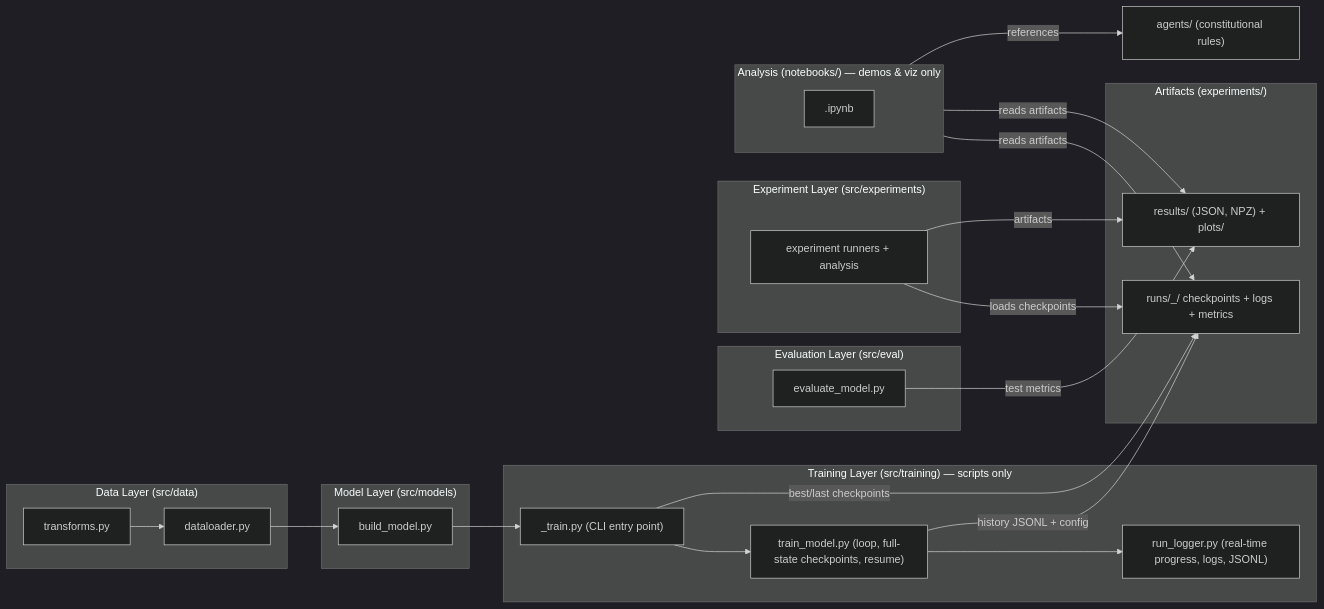
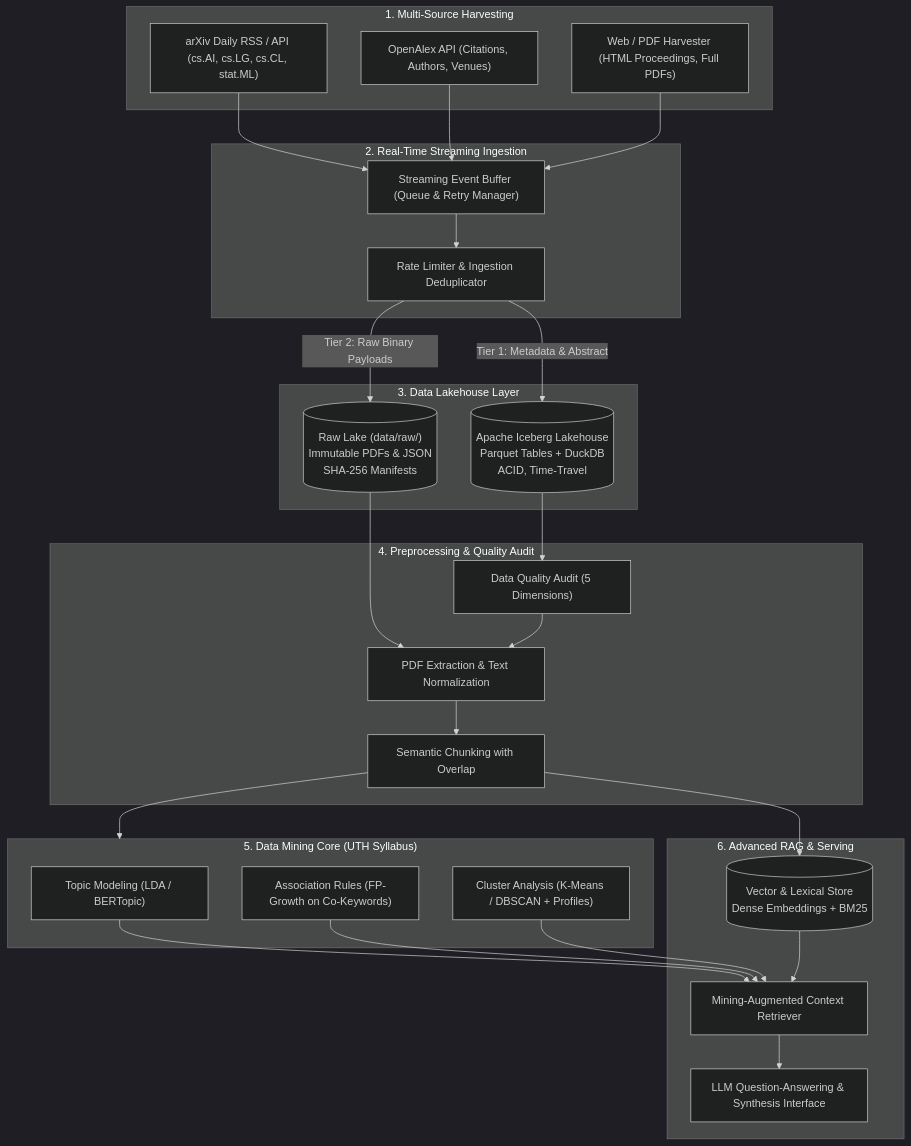
Before and after one commit to zombieTDV/DATA-MINING-UTH: the diagram in README.md, drawn with Mermaid (dark theme). The commit also changed other lines of this file and 7 other files, not shown here.

First line of the commit message:
docs(phase1): publish real-time collection spec and developer guide

````diff
--- a/README.md
+++ b/README.md
@@ -29,43 +58,54 @@
 ```mermaid
-flowchart LR
-    subgraph DATA["Data Layer (src/data)"]
-        A1["transforms.py"] --> A2["dataloader.py"]
+flowchart TD
+    subgraph SOURCES["1. Multi-Source Harvesting"]
+        S1["arXiv Daily RSS / API (cs.AI, cs.LG, cs.CL, stat.ML)"]
+        S2["OpenAlex API (Citations, Authors, Venues)"]
+        S3["Web / PDF Harvester (HTML Proceedings, Full PDFs)"]
     end
 
-    subgraph MODEL["Model Layer (src/models)"]
-        B1["build_model.py"]
+    subgraph STREAM["2. Real-Time Streaming Ingestion"]
+        Q1["Streaming Event Buffer (Queue & Retry Manager)"]
+        Q2["Rate Limiter & Ingestion Deduplicator"]
     end
 
-    subgraph TRAIN["Training Layer (src/training) — scripts only"]
-        C1["<task>_train.py (CLI entry point)"]
-        C2["train_model.py (loop, full-state checkpoints, resume)"]
-        C3["run_logger.py (real-time progress, logs, JSONL)"]
+    subgraph STORAGE["3. Data Lakehouse Layer"]
+        L1[("Raw Lake (data/raw/)\nImmutable PDFs & JSON\nSHA-256 Manifests")]
+        L2[("Apache Iceberg Lakehouse\nParquet Tables + DuckDB\nACID, Time-Travel")]
     end
 
-    subgraph EVAL["Evaluation Layer (src/eval)"]
-        D1["evaluate_model.py"]
+    subgraph PREP["4. Preprocessing & Quality Audit"]
+        P1["Data Quality Audit (5 Dimensions)"]
+        P2["PDF Extraction & Text Normalization"]
+        P3["Semantic Chunking with Overlap"]
     end
 
-    subgraph EXP["Experiment Layer (src/experiments)"]
-        E1["experiment runners + analysis"]
+    subgraph MINING["5. Data Mining Core (UTH Syllabus)"]
+        M1["Topic Modeling (LDA / BERTopic)"]
+        M2["Association Rules (FP-Growth on Co-Keywords)"]
+        M3["Cluster Analysis (K-Means / DBSCAN + Profiles)"]
     end
 
-    subgraph OUT["Artifacts (experiments/)"]
-        F1["runs/<ts>_<run>/ checkpoints + logs + metrics"]
-        F2["results/ (JSON, NPZ) + plots/"]
+    subgraph RAG["6. Advanced RAG & Serving"]
+        R1[("Vector & Lexical Store\nDense Embeddings + BM25")]
+        R2["Mining-Augmented Context Retriever"]
+        R3["LLM Question-Answering & Synthesis Interface"]
     end
 
-    subgraph NB["Analysis (notebooks/) — demos & viz only"]
-        G1["<analysis>.ipynb"]
-    end
-
-    A2 --> B1 --> C1 --> C2 --> C3
-    C1 -->|"best/last checkpoints"| F1
-    C2 -->|"history JSONL + config"| F1
-    E1 -->|"loads checkpoints"| F1
-    E1 -->|"artifacts"| F2
-    D1 -->|"test metrics"| F2
-    NB -->|"reads artifacts"| F1
-    NB -->|"reads artifacts"| F2
-    NB -->|"references"| GOV["agents/ (constitutional rules)"]
+    S1 --> Q1
+    S2 --> Q1
+    S3 --> Q1
+    Q1 --> Q2
+    Q2 -->|"Tier 1: Metadata & Abstract"| L2
+    Q2 -->|"Tier 2: Raw Binary Payloads"| L1
+    L1 --> P2
+    L2 --> P1
+    P1 --> P2
+    P2 --> P3
+    P3 --> R1
+    P3 --> MINING
+    M1 --> R2
+    M2 --> R2
+    M3 --> R2
+    R1 --> R2
+    R2 --> R3
 ```
````
